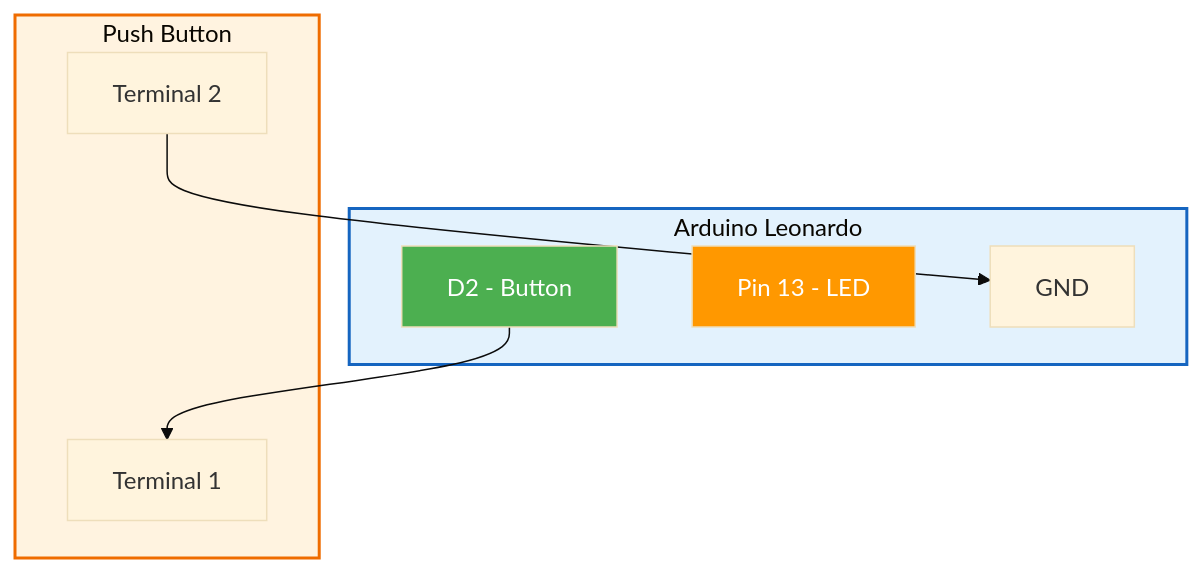
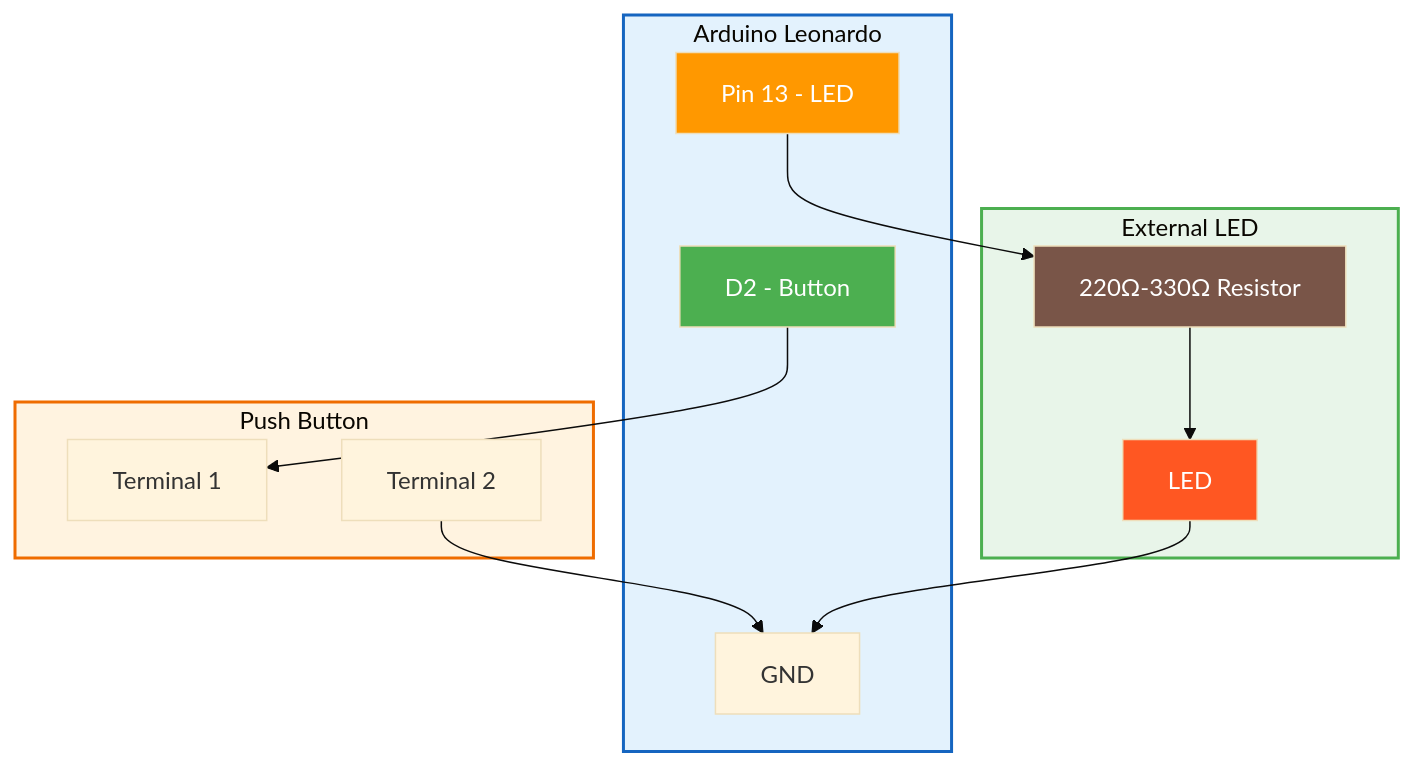
Before and after one commit to adrianmarino/sim-handbreak: the third of 6 diagrams in README.md, drawn with Mermaid (base theme). The commit also changed other lines of this file, not shown here.

Commit message:
docs: clarify external LED with resistor needed for calibration

````diff
--- a/README.md
+++ b/README.md
@@ -204,21 +206,32 @@
 ```mermaid
 graph TD
     subgraph Arduino["Arduino Leonardo"]
         D2["D2 - Button"]
         LED["Pin 13 - LED"]
         GND["GND"]
     end
     
     subgraph Button["Push Button"]
         B1["Terminal 1"]
         B2["Terminal 2"]
     end
     
+    subgraph ExternalLED["External LED"]
+        R["220Ω-330Ω Resistor"]
+        L["LED"]
+    end
+    
     D2 --> B1
     B2 --> GND
+    LED --> R
+    R --> L
+    L --> GND
     
     style Arduino fill:#e3f2fd,stroke:#1565c0,stroke-width:2px
     style Button fill:#fff3e0,stroke:#ef6c00,stroke-width:2px
+    style ExternalLED fill:#e8f5e9,stroke:#4caf50,stroke-width:2px
     style D2 fill:#4caf50,color:#fff
     style LED fill:#ff9800,color:#fff
+    style R fill:#795548,color:#fff
+    style L fill:#ff5722,color:#fff
 ```
````
